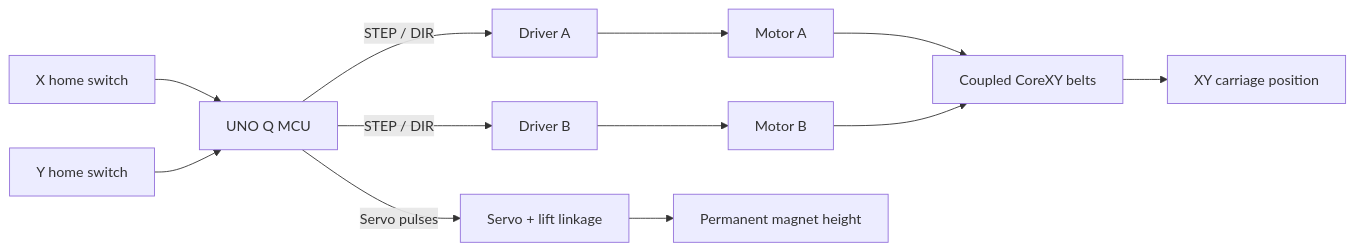
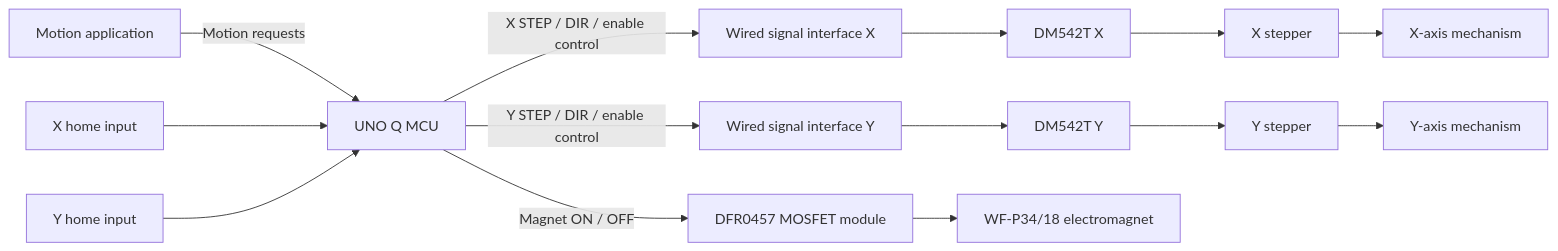
One commit to uscmakers/CP3AI changed the first of 2 diagrams in BasicGantrySystem.md. Above: the diagram before and after it, drawn with Mermaid. The commit also changed other lines of this file and 71 other files, not shown here.

````diff
--- a/BasicGantrySystem.md
+++ b/BasicGantrySystem.md
@@ -12,14 +22,12 @@
 ```mermaid
 flowchart LR
-    Q["UNO Q MCU"] -->|"STEP / DIR"| DA["Driver A"]
-    Q -->|"STEP / DIR"| DB["Driver B"]
-    DA --> MA["Motor A"]
-    DB --> MB["Motor B"]
-    MA --> BELTS["Coupled CoreXY belts"]
-    MB --> BELTS
-    BELTS --> XY["XY carriage position"]
-    Q -->|"Servo pulses"| S["Servo + lift linkage"]
-    S --> M["Permanent magnet height"]
-    HX["X home switch"] --> Q
-    HY["Y home switch"] --> Q
+    APP["Motion application"] -->|"Motion requests"| MCU["UNO Q MCU"]
+    MCU -->|"X STEP / DIR / enable control"| IX["Wired signal interface X"]
+    MCU -->|"Y STEP / DIR / enable control"| IY["Wired signal interface Y"]
+    IX --> DX["DM542T X"] --> MX["X stepper"] --> X["X-axis mechanism"]
+    IY --> DY["DM542T Y"] --> MY["Y stepper"] --> Y["Y-axis mechanism"]
+    MCU -->|"Magnet ON / OFF"| MOS["DFR0457 MOSFET module"]
+    MOS --> EM["WF-P34/18 electromagnet"]
+    HX["X home input"] --> MCU
+    HY["Y home input"] --> MCU
 ```
````
